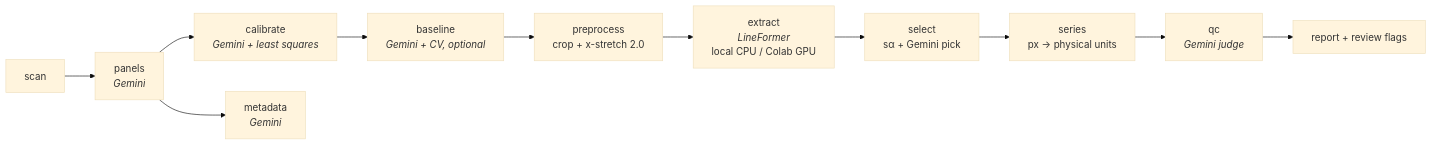
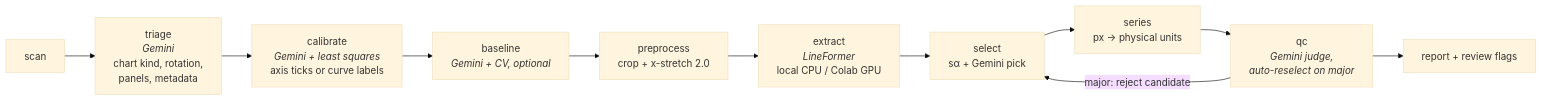
The diagram in README.md (Maelkolb/GraphDigitization), drawn with Mermaid (base theme) before and after one commit. The commit also changed other lines of this file and 19 other files, not shown here.

First line of the commit message:
Optimization round: triage-first pipeline, QC auto-reselect, curve-label calibration

````diff
--- a/README.md
+++ b/README.md
@@ -23,13 +23,13 @@
 ```mermaid
 flowchart LR
-    A[scan] --> B[panels<br/><i>Gemini</i>]
-    B --> C[calibrate<br/><i>Gemini + least squares</i>]
-    B --> D[metadata<br/><i>Gemini</i>]
+    A[scan] --> B[triage<br/><i>Gemini</i><br/>chart kind, rotation,<br/>panels, metadata]
+    B --> C[calibrate<br/><i>Gemini + least squares</i><br/>axis ticks or curve labels]
     C --> E[baseline<br/><i>Gemini + CV, optional</i>]
     E --> F[preprocess<br/>crop + x-stretch 2.0]
     F --> G[extract<br/><i>LineFormer</i><br/>local CPU / Colab GPU]
     G --> H[select<br/>s&alpha; + Gemini pick]
     H --> I[series<br/>px &rarr; physical units]
-    I --> J[qc<br/><i>Gemini judge</i>]
+    I --> J[qc<br/><i>Gemini judge,<br/>auto-reselect on major</i>]
+    J -->|major: reject candidate| H
     J --> K[report + review flags]
 ```
````
